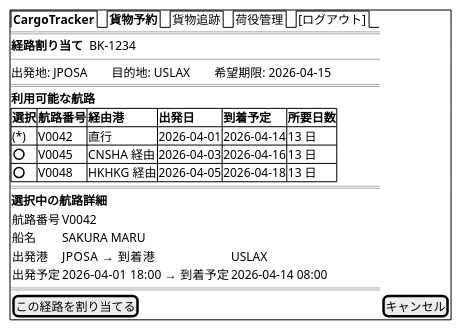
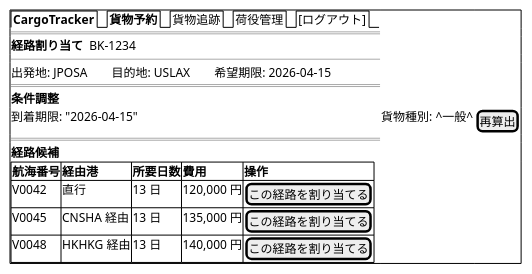
The eighth of 19 diagrams in docs/design/ui_design.md (k2works/case-study-cargo-tracker), drawn with PlantUML before and after one commit. The commit also changed other lines of this file and 3 other files, not shown here.

````diff
--- a/docs/design/ui_design.md
+++ b/docs/design/ui_design.md
@@ -592,29 +592,22 @@
 ```plantuml
 @startsalt
 {+
   {/ <b>CargoTracker</b> | <b>貨物予約</b> | 貨物追跡 | 荷役管理 | [ログアウト] }
   ==
   <b>経路割り当て</b>  BK-1234
   --
   出発地: JPOSA　　目的地: USLAX　　希望期限: 2026-04-15
   ==
-  <b>利用可能な航路</b>
+  <b>条件調整</b>
+  到着期限: "2026-04-15" | 貨物種別: ^一般^ | [再算出]
+  ==
+  <b>経路候補</b>
   {#
-    **選択** | **航路番号** | **経由港** | **出発日** | **到着予定** | **所要日数**
-    (*)      | V0042        | 直行       | 2026-04-01  | 2026-04-14   | 13 日
-    ()       | V0045        | CNSHA 経由 | 2026-04-03  | 2026-04-16   | 13 日
-    ()       | V0048        | HKHKG 経由 | 2026-04-05  | 2026-04-18   | 13 日
+    **航海番号** | **経由港** | **所要日数** | **費用** | **操作**
+    V0042        | 直行       | 13 日        | 120,000 円 | [この経路を割り当てる]
+    V0045        | CNSHA 経由 | 13 日        | 135,000 円 | [この経路を割り当てる]
+    V0048        | HKHKG 経由 | 13 日        | 140,000 円 | [この経路を割り当てる]
   }
-  ==
-  <b>選択中の航路詳細</b>
-  {
-    航路番号 | V0042
-    船名     | SAKURA MARU
-    出発港   | JPOSA  →  到着港 | USLAX
-    出発予定 | 2026-04-01 18:00  →  到着予定 | 2026-04-14 08:00
-  }
-  ==
-  [この経路を割り当てる] | [キャンセル]
 }
 @endsalt
 ```
````
